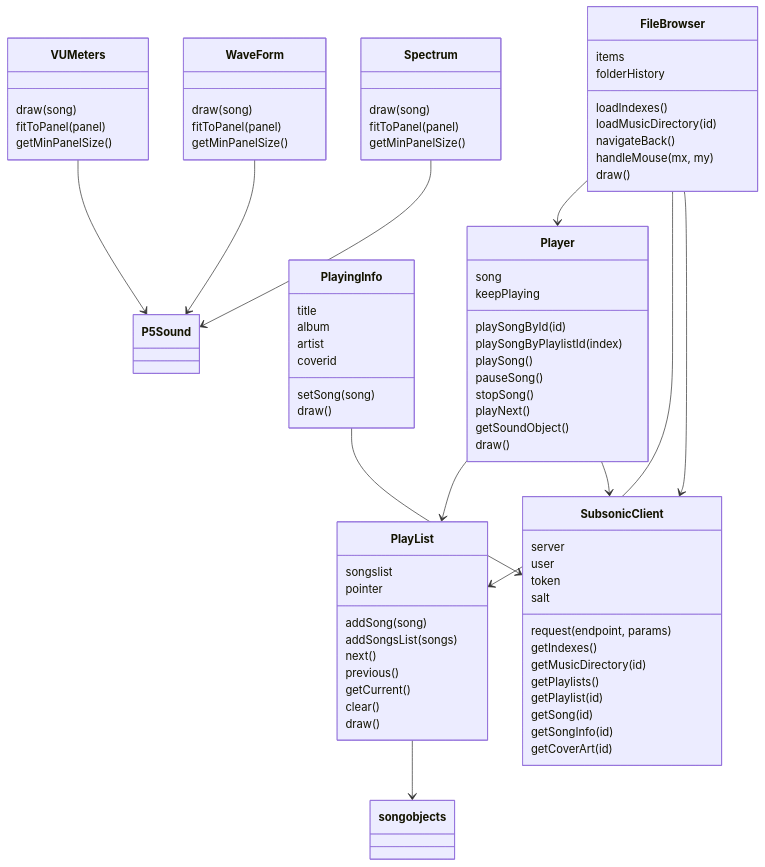
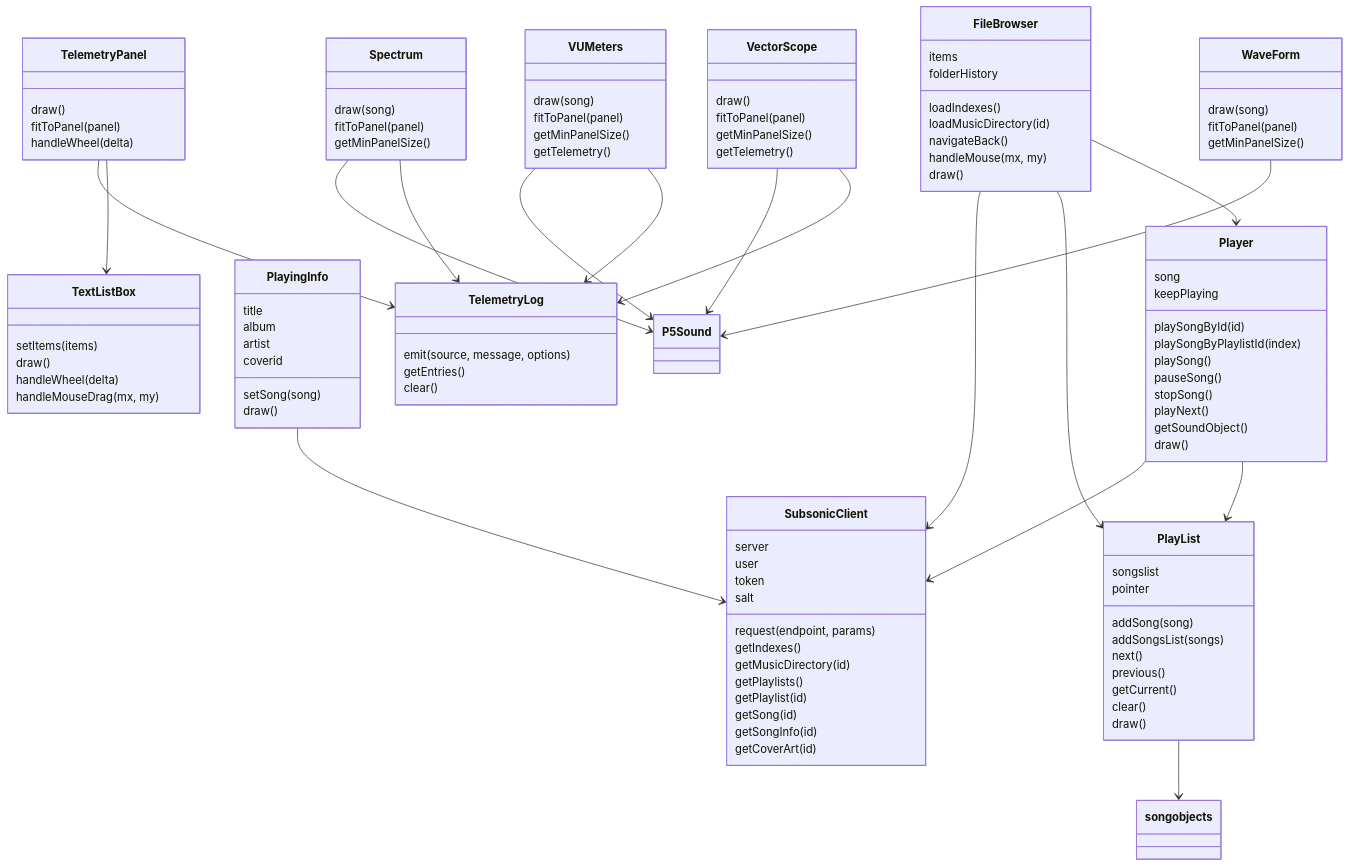
One commit to Leorivasc/neon_deck changed diagram 12 of 12 in doc/diagrams.md. Above: the diagram before and after it, drawn with Mermaid. The commit also changed other lines of this file and 14 other files, not shown here.

Commit message:
Telemetry presentation added. DATA FEED panel

````diff
--- a/doc/diagrams.md
+++ b/doc/diagrams.md
@@ -388,6 +423,33 @@
         draw(song)
         fitToPanel(panel)
         getMinPanelSize()
+        getTelemetry()
+    }
+
+    class VectorScope {
+        draw()
+        fitToPanel(panel)
+        getMinPanelSize()
+        getTelemetry()
+    }
+
+    class TelemetryLog {
+        emit(source, message, options)
+        getEntries()
+        clear()
+    }
+
+    class TelemetryPanel {
+        draw()
+        fitToPanel(panel)
+        handleWheel(delta)
+    }
+
+    class TextListBox {
+        setItems(items)
+        draw()
+        handleWheel(delta)
+        handleMouseDrag(mx, my)
     }
 
     FileBrowser --> SubsonicClient
@@ -400,4 +462,10 @@
     Spectrum --> P5Sound
     WaveForm --> P5Sound
     VUMeters --> P5Sound
+    VectorScope --> P5Sound
+    TelemetryPanel --> TelemetryLog
+    TelemetryPanel --> TextListBox
+    Spectrum --> TelemetryLog
+    VUMeters --> TelemetryLog
+    VectorScope --> TelemetryLog
 ```
````
